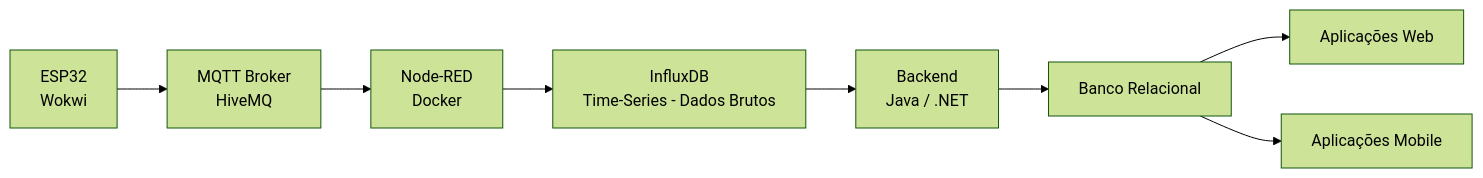
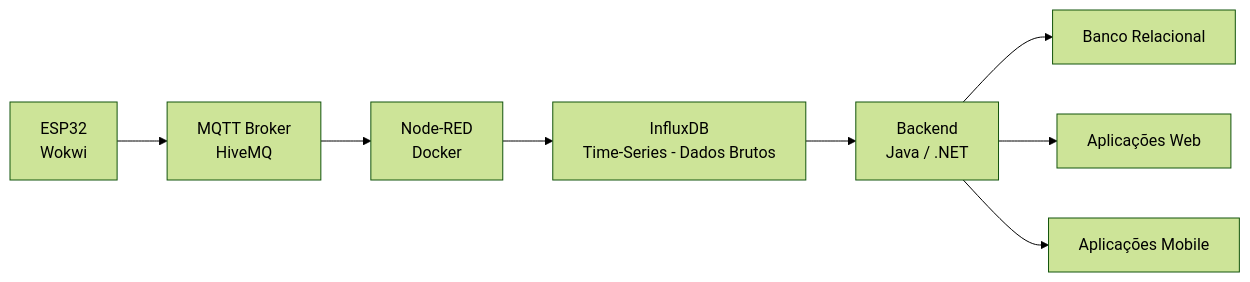
One commit to profAndreSouza/Material changed the first of 2 diagrams in Projeto Integrador/README.md. Above: the diagram before and after it, drawn with Mermaid (forest theme).

````diff
--- a/Projeto Integrador/README.md
+++ b/Projeto Integrador/README.md
@@ -43,12 +43,12 @@
 ```mermaid
 
 flowchart LR
     A[ESP32<br/>Wokwi] --> B[MQTT Broker<br/>HiveMQ]
     B --> C[Node-RED<br/>Docker]
     C --> D[InfluxDB<br/>Time-Series - Dados Brutos]
     D --> E[Backend<br/>Java / .NET]
     E --> F[Banco Relacional]
-    F --> G[Aplicações Web]
-    F --> H[Aplicações Mobile]
+    E --> G[Aplicações Web]
+    E --> H[Aplicações Mobile]
 
 ```
````
